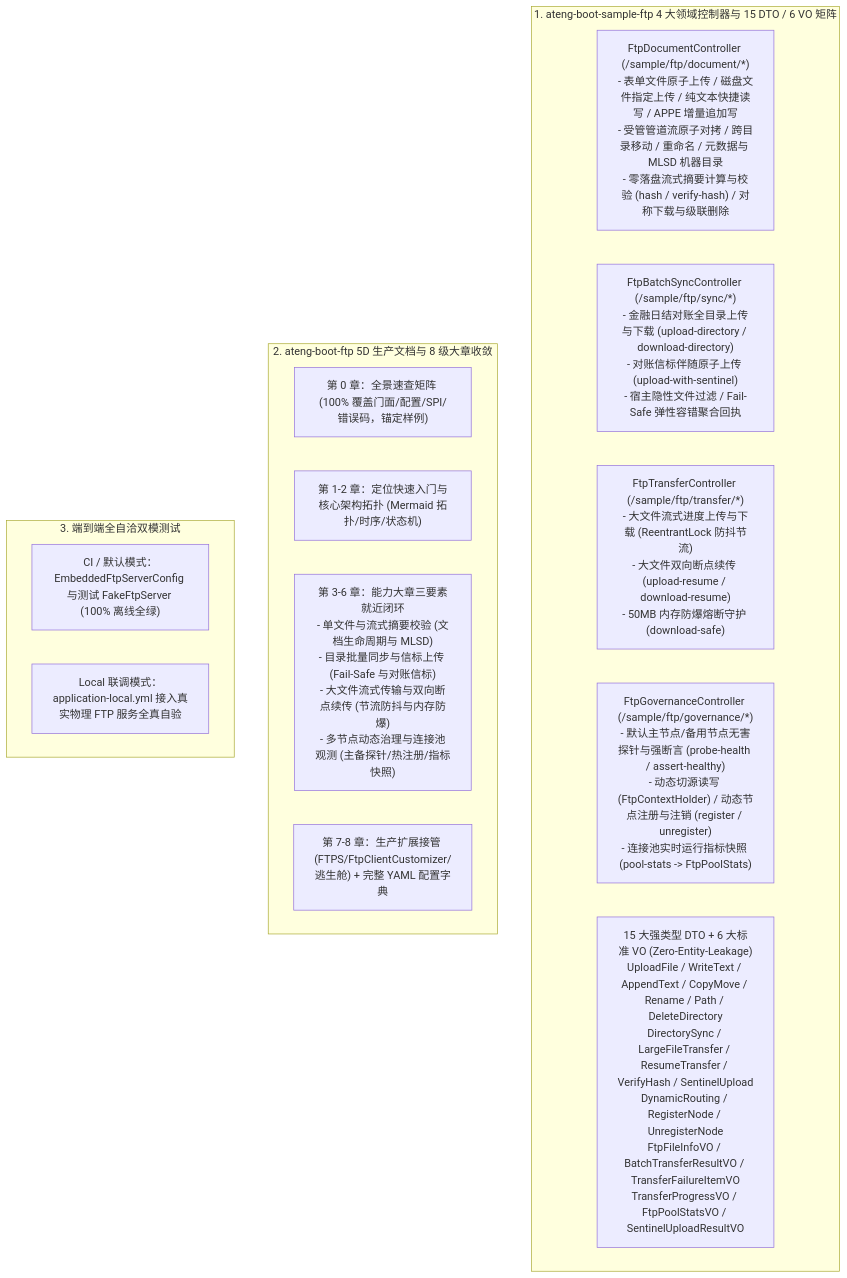
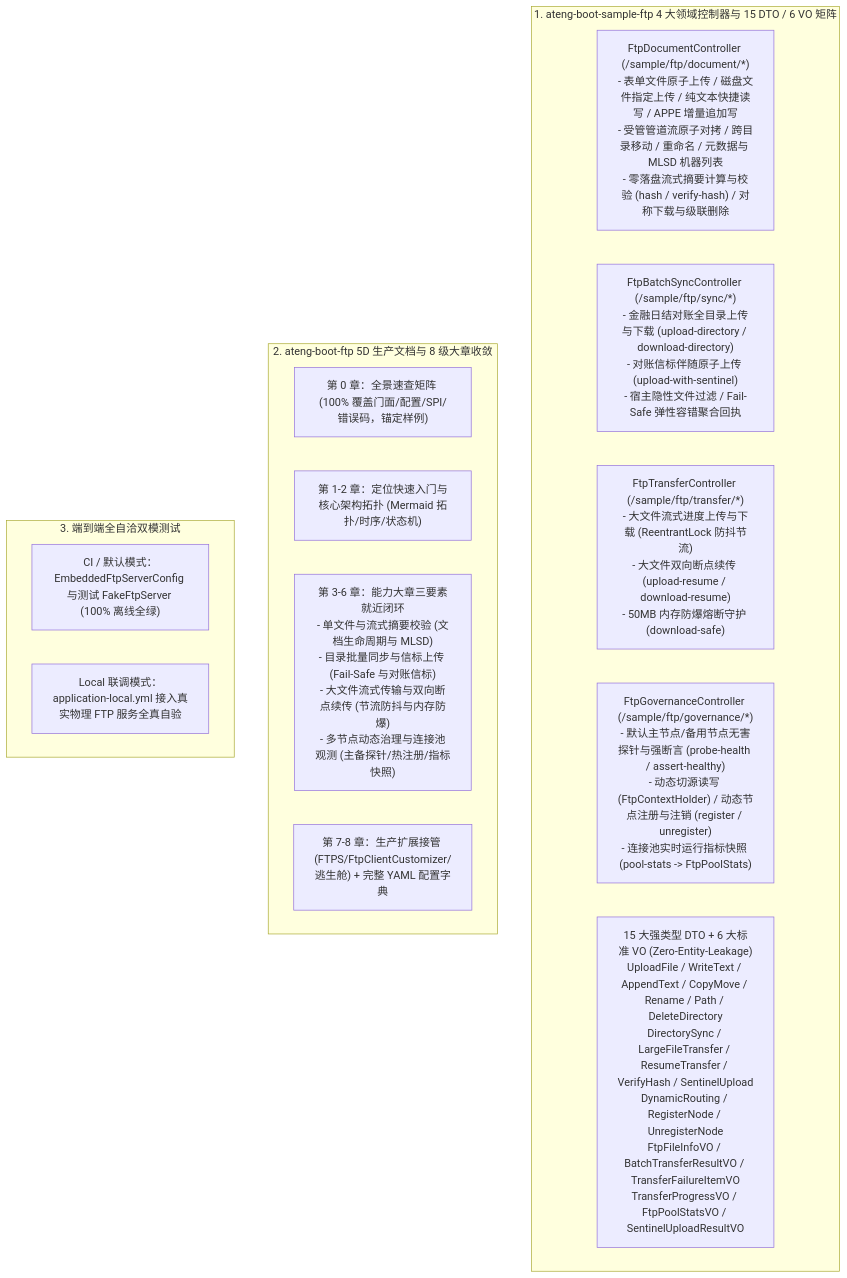
One commit to atengk/ateng-boot changed the diagram in docs/adr/0096-ftp-sample-multi-controller-and-production-hardening-architecture.md. Above: the diagram before and after it, drawn with Mermaid. The commit also changed other lines of this file and 14 other files, not shown here.

````diff
--- a/docs/adr/0096-ftp-sample-multi-controller-and-production-hardening-architecture.md
+++ b/docs/adr/0096-ftp-sample-multi-controller-and-production-hardening-architecture.md
@@ -27,22 +27,22 @@
 ```mermaid
 flowchart TD
     subgraph SampleMatrix["1. ateng-boot-sample-ftp 4 大领域控制器与 15 DTO / 6 VO 矩阵"]
-        DocCtrl["FtpDocumentController (/sample/ftp/document/*)\n- 表单文件原子上传 / 磁盘文件指定上传 / 纯文本快捷读写 / APPE 增量追加写\n- 受管管道流原子对拷 / 跨目录移动 / 重命名 / 元数据与 MLSD 机器目录\n- 零落盘流式摘要计算与校验 (hash / verify-hash) / 对称下载与级联删除"]
+        DocCtrl["FtpDocumentController (/sample/ftp/document/*)\n- 表单文件原子上传 / 磁盘文件指定上传 / 纯文本快捷读写 / APPE 增量追加写\n- 受管管道流原子对拷 / 跨目录移动 / 重命名 / 元数据与 MLSD 机器列表\n- 零落盘流式摘要计算与校验 (hash / verify-hash) / 对称下载与级联删除"]
         SyncCtrl["FtpBatchSyncController (/sample/ftp/sync/*)\n- 金融日结对账全目录上传与下载 (upload-directory / download-directory)\n- 对账信标伴随原子上传 (upload-with-sentinel)\n- 宿主隐性文件过滤 / Fail-Safe 弹性容错聚合回执"]
         TransferCtrl["FtpTransferController (/sample/ftp/transfer/*)\n- 大文件流式进度上传与下载 (ReentrantLock 防抖节流)\n- 大文件双向断点续传 (upload-resume / download-resume)\n- 50MB 内存防爆熔断守护 (download-safe)"]
         GovCtrl["FtpGovernanceController (/sample/ftp/governance/*)\n- 默认主节点/备用节点无害探针与强断言 (probe-health / assert-healthy)\n- 动态切源读写 (FtpContextHolder) / 动态节点注册与注销 (register / unregister)\n- 连接池实时运行指标快照 (pool-stats -> FtpPoolStats)"]
         DTOMatrix["15 大强类型 DTO + 6 大标准 VO (Zero-Entity-Leakage)\nUploadFile / WriteText / AppendText / CopyMove / Rename / Path / DeleteDirectory\nDirectorySync / LargeFileTransfer / ResumeTransfer / VerifyHash / SentinelUpload\nDynamicRouting / RegisterNode / UnregisterNode\nFtpFileInfoVO / BatchTransferResultVO / TransferFailureItemVO\nTransferProgressVO / FtpPoolStatsVO / SentinelUploadResultVO"]
     end
 
     subgraph DocSpec["2. ateng-boot-ftp 5D 生产文档与 8 级大章收敛"]
         Ch0["第 0 章：全景速查矩阵 (100% 覆盖门面/配置/SPI/错误码，锚定样例)"]
         Ch1_2["第 1-2 章：定位快速入门与核心架构拓扑 (Mermaid 拓扑/时序/状态机)"]
         Ch3_6["第 3-6 章：能力大章三要素就近闭环\n- 单文件与流式摘要校验 (文档生命周期与 MLSD)\n- 目录批量同步与信标上传 (Fail-Safe 与对账信标)\n- 大文件流式传输与双向断点续传 (节流防抖与内存防爆)\n- 多节点动态治理与连接池观测 (主备探针/热注册/指标快照)"]
         Ch7_8["第 7-8 章：生产扩展接管 (FTPS/FtpClientCustomizer/逃生舱) + 完整 YAML 配置字典"]
     end
 
     subgraph TestHarness["3. 端到端全自洽双模测试"]
         OfflineCI["CI / 默认模式：EmbeddedFtpServerConfig 与测试 FakeFtpServer (100% 离线全绿)"]
         LocalReal["Local 联调模式：application-local.yml 接入真实物理 FTP 服务全真自验"]
     end
 ```
````
